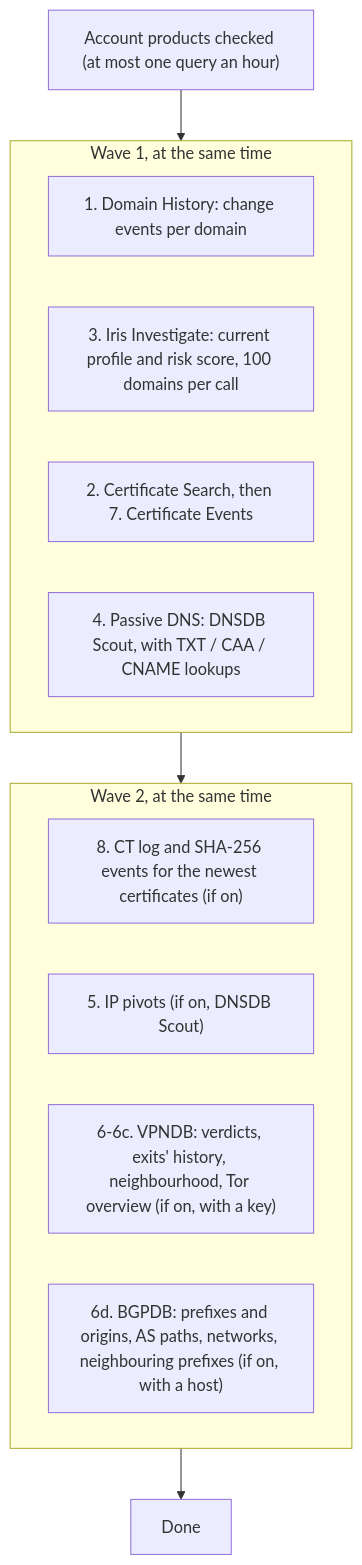
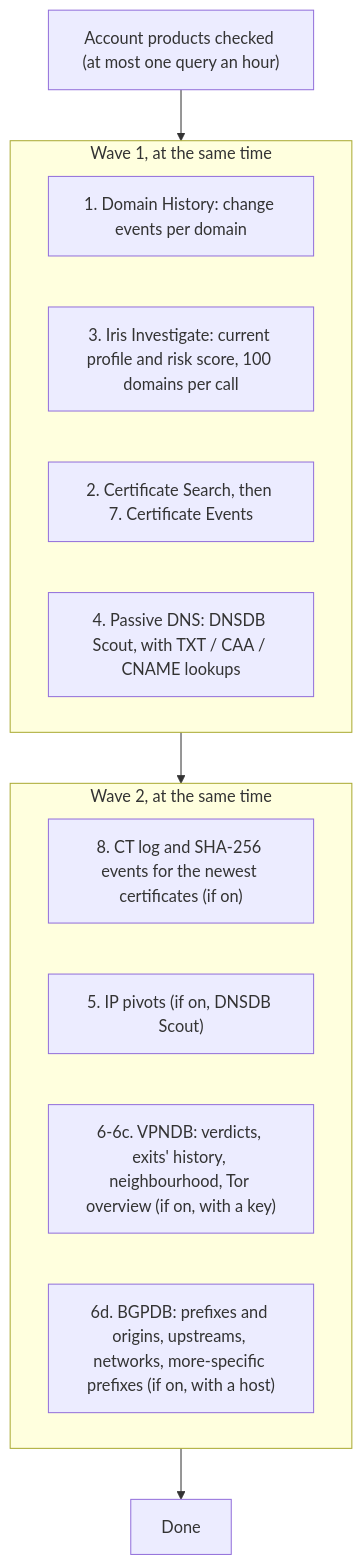
Before and after one commit to mmesojedec/DomainTools_Analysis_Detection: the fifth of 11 diagrams in docs/WORKFLOWS.md, drawn with Mermaid. The commit also changed other lines of this file and 51 other files, not shown here.

````diff
--- a/docs/WORKFLOWS.md
+++ b/docs/WORKFLOWS.md
@@ -145,18 +145,18 @@
 ```mermaid
 flowchart TD
     A["Account products checked (at most one query an hour)"] --> W1
     subgraph W1["Wave 1, at the same time"]
         S1["1. Domain History: change events per domain"]
         S4["3. Iris Investigate: current profile and risk score, 100 domains per call"]
         S2["2. Certificate Search, then 7. Certificate Events"]
         S5["4. Passive DNS: DNSDB Scout, with TXT / CAA / CNAME lookups"]
     end
     W1 --> W2
     subgraph W2["Wave 2, at the same time"]
         S9["8. CT log and SHA-256 events for the newest certificates (if on)"]
         S7["5. IP pivots (if on, DNSDB Scout)"]
         S7w["6-6c. VPNDB: verdicts, exits' history, neighbourhood, Tor overview (if on, with a key)"]
-        S7b["6d. BGPDB: prefixes and origins, AS paths, networks, neighbouring prefixes (if on, with a host)"]
+        S7b["6d. BGPDB: prefixes and origins, upstreams, networks, more-specific prefixes (if on, with a host)"]
     end
     W2 --> Z["Done"]
 ```
````
